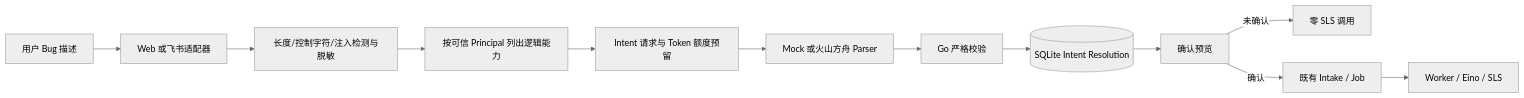
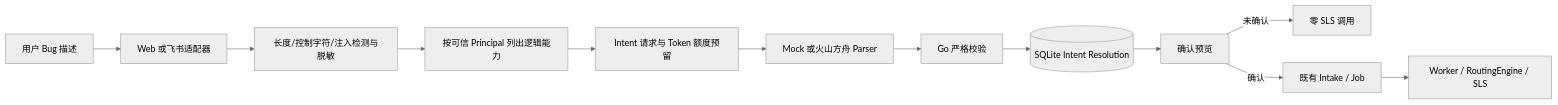
One commit to KK25KK/log-agent changed the diagram in docs/governed-natural-language-intake.md. Above: the diagram before and after it, drawn with Mermaid (neutral theme). The commit also changed other lines of this file and 46 other files, not shown here.

Commit message:
feat: add governed multi-logstore trace timeline

````diff
--- a/docs/governed-natural-language-intake.md
+++ b/docs/governed-natural-language-intake.md
@@ -23,14 +23,14 @@
 ```mermaid
 flowchart LR
     U[用户 Bug 描述] --> A[Web 或飞书适配器]
     A --> N[长度/控制字符/注入检测与脱敏]
     N --> C[按可信 Principal 列出逻辑能力]
     C --> Q[Intent 请求与 Token 额度预留]
     Q --> P[Mock 或火山方舟 Parser]
     P --> V[Go 严格校验]
     V --> R[(SQLite Intent Resolution)]
     R --> X[确认预览]
     X -->|未确认| STOP[零 SLS 调用]
     X -->|确认| I[既有 Intake / Job]
-    I --> W[Worker / Eino / SLS]
+    I --> W[Worker / RoutingEngine / SLS]
 ```
````
